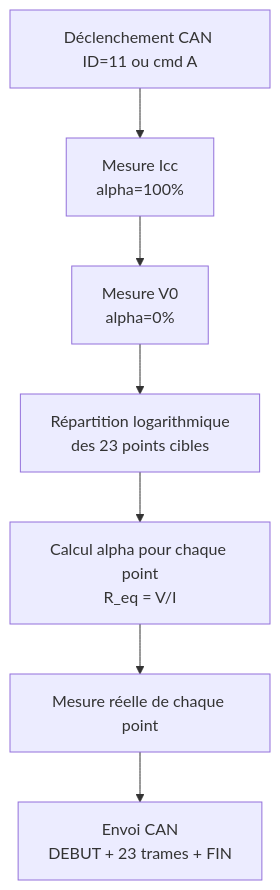
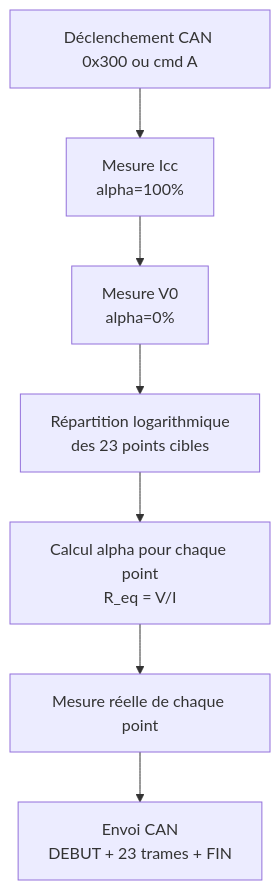
The third of 3 diagrams in docs/cartes/mesure_VI.md (baptisteB00/Projet_LAOS), drawn with Mermaid before and after one commit. The commit also changed 9 other files, not shown here.

````diff
--- a/docs/cartes/mesure_VI.md
+++ b/docs/cartes/mesure_VI.md
@@ -84,9 +84,9 @@
 ```mermaid
 flowchart TD
-    START["Déclenchement CAN ID=11 ou cmd A"] --> ICC["Mesure Icc<br/>alpha=100%"]
+    START["Déclenchement CAN 0x300 ou cmd A"] --> ICC["Mesure Icc<br/>alpha=100%"]
     ICC --> V0["Mesure V0<br/>alpha=0%"]
     V0 --> REP["Répartition logarithmique<br/>des 23 points cibles"]
     REP --> ALPHA["Calcul alpha pour chaque point<br/>R_eq = V/I"]
     ALPHA --> MESURE["Mesure réelle de chaque point"]
     MESURE --> ENVOI["Envoi CAN<br/>DEBUT + 23 trames + FIN"]
 ```
````
